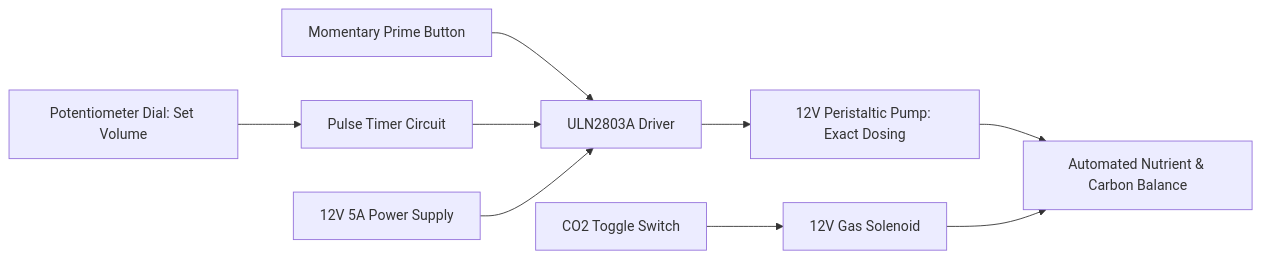
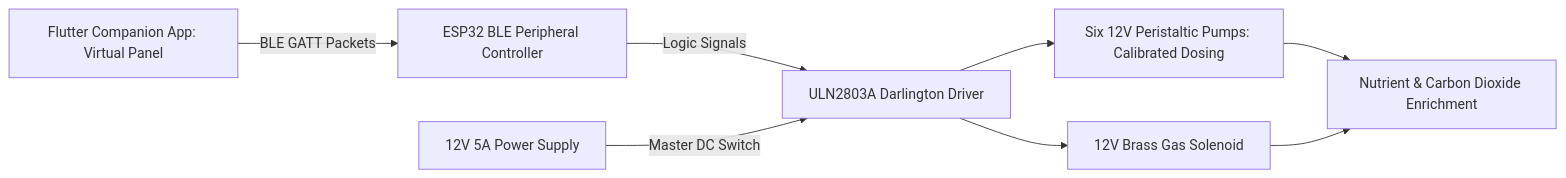
The second of 3 diagrams in src/content/docs/hardware/microclimate-dosing-array.mdx (SamSoupSauce/open-biosphere), drawn with Mermaid before and after one commit. The commit also changed other lines of this file and 14 other files, not shown here.

Commit message:
feat(rfc-0005): implement hardware interlocks & BLE virtual interface standard across machine catalog

````diff
--- a/src/content/docs/hardware/microclimate-dosing-array.mdx
+++ b/src/content/docs/hardware/microclimate-dosing-array.mdx
@@ -203,10 +216,9 @@
 ```mermaid
 flowchart LR
-    A[Potentiometer Dial: Set Volume] --> B[Pulse Timer Circuit]
-    C[Momentary Prime Button] --> D[ULN2803A Driver]
-    B --> D
-    E[12V 5A Power Supply] --> D
-    D --> F[12V Peristaltic Pump: Exact Dosing]
-    G[CO2 Toggle Switch] --> H[12V Gas Solenoid]
-    F & H --> I[Automated Nutrient & Carbon Balance]
+    A[Flutter Companion App: Virtual Panel] -->|BLE GATT Packets| B[ESP32 BLE Peripheral Controller]
+    B -->|Logic Signals| C[ULN2803A Darlington Driver]
+    D[12V 5A Power Supply] -->|Master DC Switch| C
+    C --> E[Six 12V Peristaltic Pumps: Calibrated Dosing]
+    C --> F[12V Brass Gas Solenoid]
+    E & F --> G[Nutrient & Carbon Dioxide Enrichment]
 ```
````
